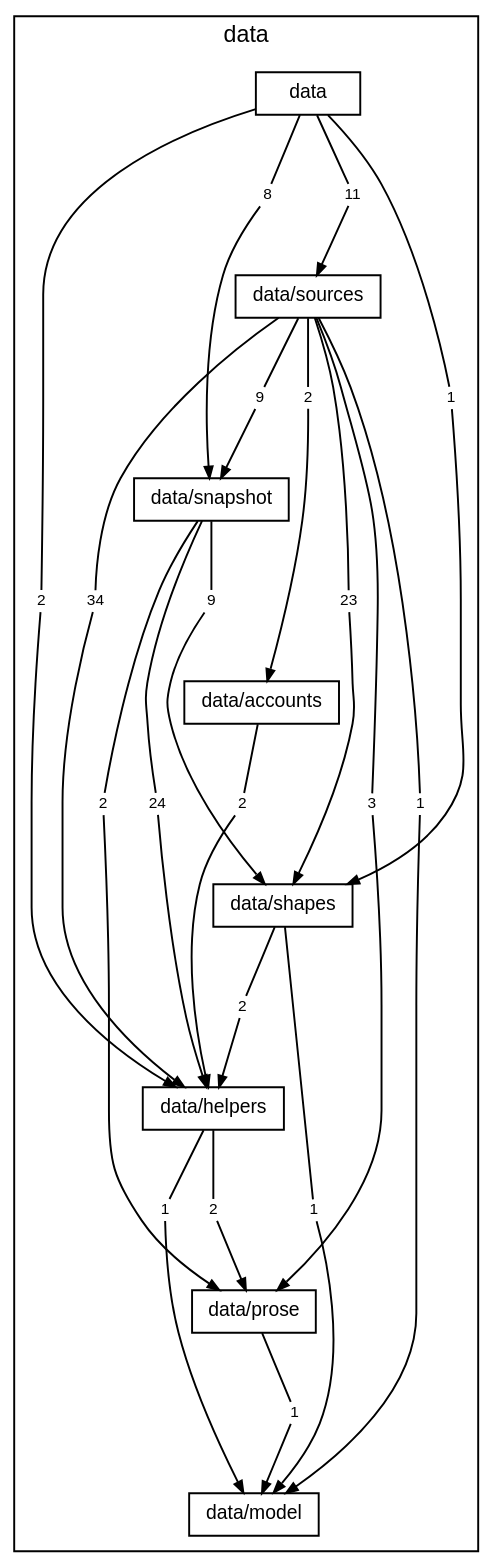
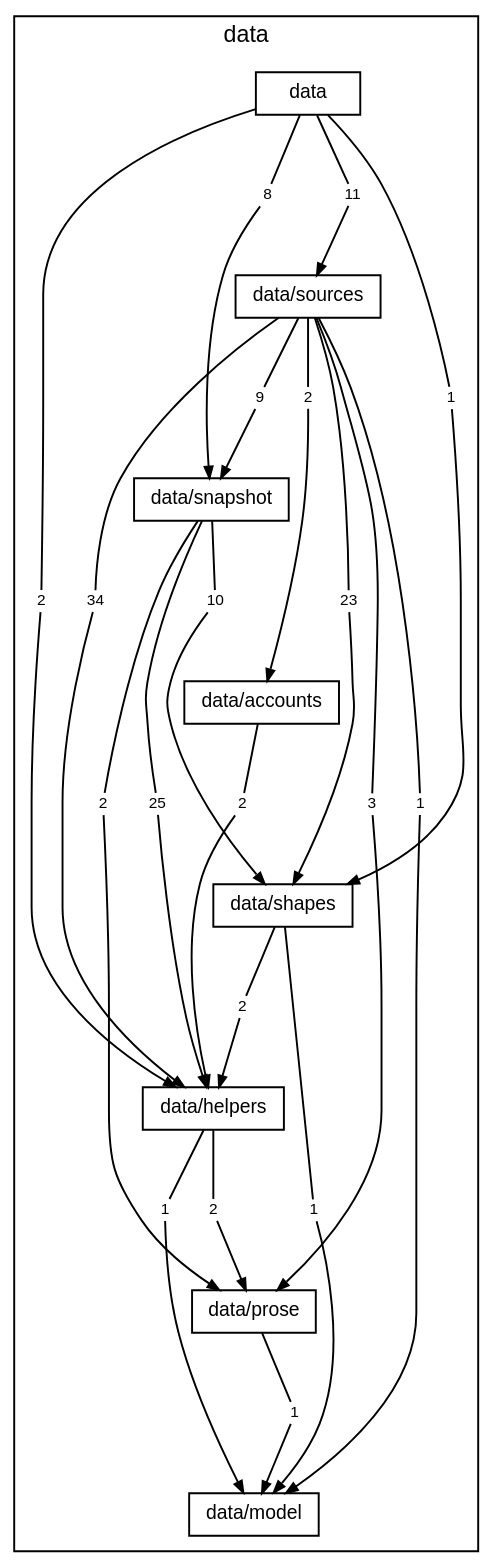
Before and after one commit to TheAxeC/oculus: the diagram in docs/diagrams/layer-data.dot, drawn with Graphviz. The commit also changed 75 other files, not shown here.

```diff
--- a/docs/diagrams/layer-data.dot
+++ b/docs/diagrams/layer-data.dot
@@ -1,80 +1,80 @@
 digraph layer_data {
     graph [bgcolor="transparent", rankdir=TB, newrank=true, mclimit=4, fontname="Helvetica,Arial,sans-serif", fontsize=12, nodesep=0.2, ranksep=0.5];
     node [shape=box, color="black", fontcolor="black", fontname="Helvetica,Arial,sans-serif", fontsize=10, height=0.3, margin="0.12,0.04"];
     edge [color="black", fontcolor="black", fontname="Helvetica,Arial,sans-serif", fontsize=8, arrowsize=0.6];
     subgraph "cluster_data" {
         label="data"; style=solid;
         "folder data" [label="data"];
         "folder data/sources" [label="data/sources"];
         "folder data/snapshot" [label="data/snapshot"];
         "folder data/accounts" [label="data/accounts"];
         "folder data/shapes" [label="data/shapes"];
         "folder data/helpers" [label="data/helpers"];
         "folder data/prose" [label="data/prose"];
         "folder data/model" [label="data/model"];
         "folder data to folder data/helpers" [label="2", shape=box, color="transparent", fontsize=8, width=0, height=0, margin="0.04,0.02"];
         "folder data to folder data/shapes" [label="1", shape=box, color="transparent", fontsize=8, width=0, height=0, margin="0.04,0.02"];
         "folder data to folder data/snapshot" [label="8", shape=box, color="transparent", fontsize=8, width=0, height=0, margin="0.04,0.02"];
         "folder data to folder data/sources" [label="11", shape=box, color="transparent", fontsize=8, width=0, height=0, margin="0.04,0.02"];
         "folder data/sources to folder data/accounts" [label="2", shape=box, color="transparent", fontsize=8, width=0, height=0, margin="0.04,0.02"];
         "folder data/sources to folder data/helpers" [label="34", shape=box, color="transparent", fontsize=8, width=0, height=0, margin="0.04,0.02"];
         "folder data/sources to folder data/model" [label="1", shape=box, color="transparent", fontsize=8, width=0, height=0, margin="0.04,0.02"];
         "folder data/sources to folder data/prose" [label="3", shape=box, color="transparent", fontsize=8, width=0, height=0, margin="0.04,0.02"];
         "folder data/sources to folder data/shapes" [label="23", shape=box, color="transparent", fontsize=8, width=0, height=0, margin="0.04,0.02"];
         "folder data/sources to folder data/snapshot" [label="9", shape=box, color="transparent", fontsize=8, width=0, height=0, margin="0.04,0.02"];
-        "folder data/snapshot to folder data/helpers" [label="24", shape=box, color="transparent", fontsize=8, width=0, height=0, margin="0.04,0.02"];
+        "folder data/snapshot to folder data/helpers" [label="25", shape=box, color="transparent", fontsize=8, width=0, height=0, margin="0.04,0.02"];
         "folder data/snapshot to folder data/prose" [label="2", shape=box, color="transparent", fontsize=8, width=0, height=0, margin="0.04,0.02"];
-        "folder data/snapshot to folder data/shapes" [label="9", shape=box, color="transparent", fontsize=8, width=0, height=0, margin="0.04,0.02"];
+        "folder data/snapshot to folder data/shapes" [label="10", shape=box, color="transparent", fontsize=8, width=0, height=0, margin="0.04,0.02"];
         "folder data/accounts to folder data/helpers" [label="2", shape=box, color="transparent", fontsize=8, width=0, height=0, margin="0.04,0.02"];
         "folder data/shapes to folder data/helpers" [label="2", shape=box, color="transparent", fontsize=8, width=0, height=0, margin="0.04,0.02"];
         "folder data/shapes to folder data/model" [label="1", shape=box, color="transparent", fontsize=8, width=0, height=0, margin="0.04,0.02"];
         "folder data/helpers to folder data/model" [label="1", shape=box, color="transparent", fontsize=8, width=0, height=0, margin="0.04,0.02"];
         "folder data/helpers to folder data/prose" [label="2", shape=box, color="transparent", fontsize=8, width=0, height=0, margin="0.04,0.02"];
         "folder data/prose to folder data/model" [label="1", shape=box, color="transparent", fontsize=8, width=0, height=0, margin="0.04,0.02"];
     }
     "folder data" -> "folder data/sources" [style=invis, weight=10, minlen=2];
     "folder data/sources" -> "folder data/snapshot" [style=invis, weight=10, minlen=2];
     "folder data/snapshot" -> "folder data/accounts" [style=invis, weight=10, minlen=2];
     "folder data/accounts" -> "folder data/shapes" [style=invis, weight=10, minlen=2];
     "folder data/shapes" -> "folder data/helpers" [style=invis, weight=10, minlen=2];
     "folder data/helpers" -> "folder data/prose" [style=invis, weight=10, minlen=2];
     "folder data/prose" -> "folder data/model" [style=invis, weight=10, minlen=2];
     "folder data" -> "folder data to folder data/helpers" [arrowhead=none, minlen=5, weight=10];
     "folder data to folder data/helpers" -> "folder data/helpers" [];
     "folder data" -> "folder data to folder data/shapes" [arrowhead=none, minlen=3, weight=10];
     "folder data to folder data/shapes" -> "folder data/shapes" [];
     "folder data" -> "folder data to folder data/snapshot" [arrowhead=none, minlen=1, weight=10];
     "folder data to folder data/snapshot" -> "folder data/snapshot" [];
     "folder data" -> "folder data to folder data/sources" [arrowhead=none, minlen=1, weight=10];
     "folder data to folder data/sources" -> "folder data/sources" [];
     "folder data/sources" -> "folder data/sources to folder data/accounts" [arrowhead=none, minlen=1, weight=10];
     "folder data/sources to folder data/accounts" -> "folder data/accounts" [];
     "folder data/sources" -> "folder data/sources to folder data/helpers" [arrowhead=none, minlen=3, weight=10];
     "folder data/sources to folder data/helpers" -> "folder data/helpers" [];
     "folder data/sources" -> "folder data/sources to folder data/model" [arrowhead=none, minlen=5, weight=10];
     "folder data/sources to folder data/model" -> "folder data/model" [];
     "folder data/sources" -> "folder data/sources to folder data/prose" [arrowhead=none, minlen=5, weight=10];
     "folder data/sources to folder data/prose" -> "folder data/prose" [];
     "folder data/sources" -> "folder data/sources to folder data/shapes" [arrowhead=none, minlen=3, weight=10];
     "folder data/sources to folder data/shapes" -> "folder data/shapes" [];
     "folder data/sources" -> "folder data/sources to folder data/snapshot" [arrowhead=none, minlen=1, weight=10];
     "folder data/sources to folder data/snapshot" -> "folder data/snapshot" [];
     "folder data/snapshot" -> "folder data/snapshot to folder data/helpers" [arrowhead=none, minlen=3, weight=10];
     "folder data/snapshot to folder data/helpers" -> "folder data/helpers" [];
     "folder data/snapshot" -> "folder data/snapshot to folder data/prose" [arrowhead=none, minlen=3, weight=10];
     "folder data/snapshot to folder data/prose" -> "folder data/prose" [];
     "folder data/snapshot" -> "folder data/snapshot to folder data/shapes" [arrowhead=none, minlen=1, weight=10];
     "folder data/snapshot to folder data/shapes" -> "folder data/shapes" [];
     "folder data/accounts" -> "folder data/accounts to folder data/helpers" [arrowhead=none, minlen=1, weight=10];
     "folder data/accounts to folder data/helpers" -> "folder data/helpers" [];
     "folder data/shapes" -> "folder data/shapes to folder data/helpers" [arrowhead=none, minlen=1, weight=10];
     "folder data/shapes to folder data/helpers" -> "folder data/helpers" [];
     "folder data/shapes" -> "folder data/shapes to folder data/model" [arrowhead=none, minlen=3, weight=10];
     "folder data/shapes to folder data/model" -> "folder data/model" [];
     "folder data/helpers" -> "folder data/helpers to folder data/model" [arrowhead=none, minlen=1, weight=10];
     "folder data/helpers to folder data/model" -> "folder data/model" [];
     "folder data/helpers" -> "folder data/helpers to folder data/prose" [arrowhead=none, minlen=1, weight=10];
     "folder data/helpers to folder data/prose" -> "folder data/prose" [];
     "folder data/prose" -> "folder data/prose to folder data/model" [arrowhead=none, minlen=1, weight=10];
     "folder data/prose to folder data/model" -> "folder data/model" [];
 }
```
